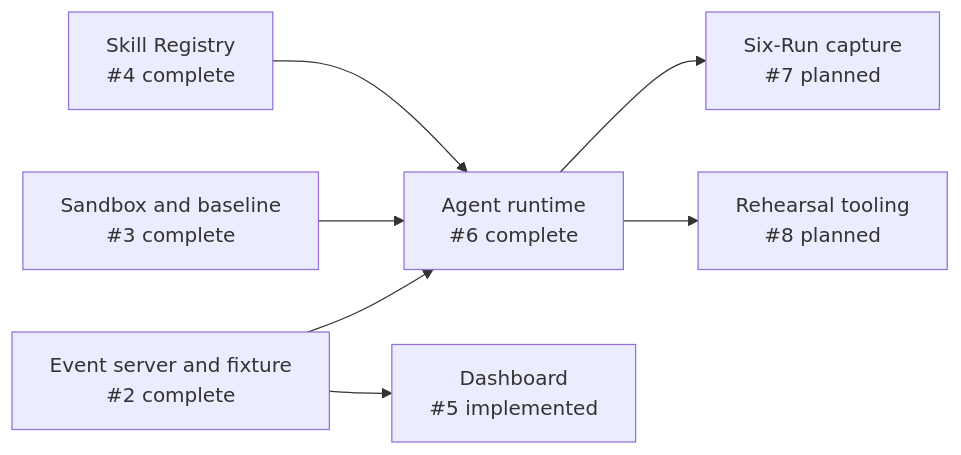
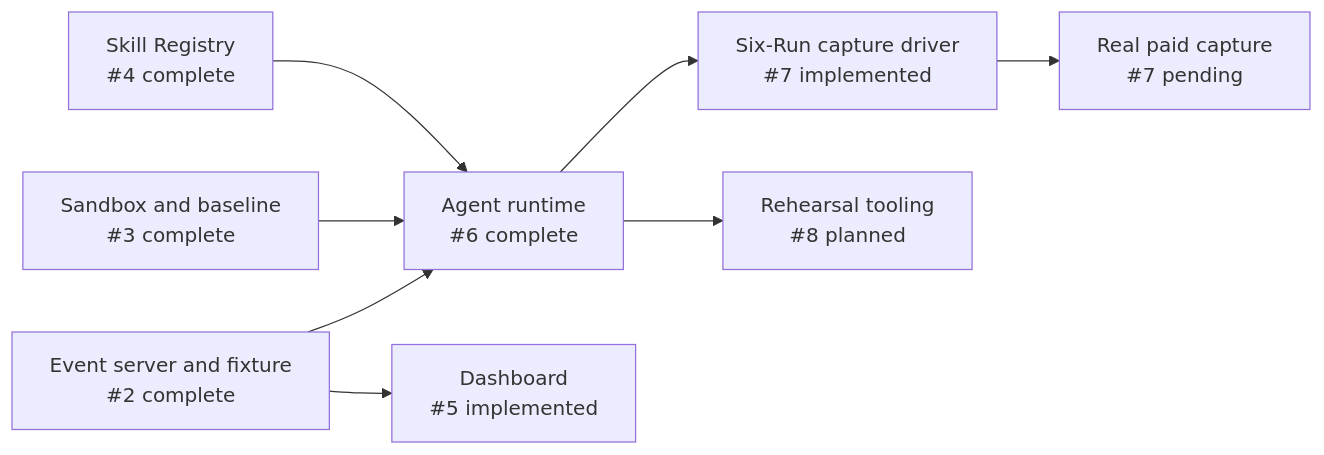
The third of 3 diagrams in docs/architecture/README.md (arnv15/Kintsugi), drawn with Mermaid before and after one commit. The commit also changed other lines of this file and 8 other files, not shown here.

Commit message:
Prepare issue 7 six-run capture

````diff
--- a/docs/architecture/README.md
+++ b/docs/architecture/README.md
@@ -176,9 +180,10 @@
 ```mermaid
 flowchart LR
   event["Event server and fixture<br/>#2 complete"] --> runtime["Agent runtime<br/>#6 complete"]
   sandbox["Sandbox and baseline<br/>#3 complete"] --> runtime
   registry["Skill Registry<br/>#4 complete"] --> runtime
   event --> dashboard["Dashboard<br/>#5 implemented"]
-  runtime --> capture["Six-Run capture<br/>#7 planned"]
+  runtime --> capture["Six-Run capture driver<br/>#7 implemented"]
+  capture --> evidence["Real paid capture<br/>#7 pending"]
   runtime --> rehearsal["Rehearsal tooling<br/>#8 planned"]
 ```
````
